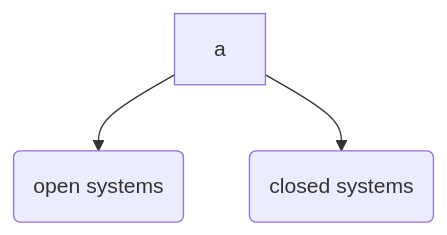
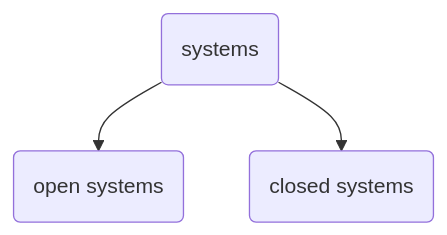
The diagram in content/modern theories of management.md (corvusdeinanis/cuddlyspaceship), drawn with Mermaid before and after one commit. The commit also changed other lines of this file and 7 other files, not shown here.

````diff
--- a/content/modern theories of management.md
+++ b/content/modern theories of management.md
@@ -19,5 +19,6 @@
 ```mermaid
 flowchart
 a-->b(open systems)
 a-->c(closed systems)
+a(systems)
 ```
````
